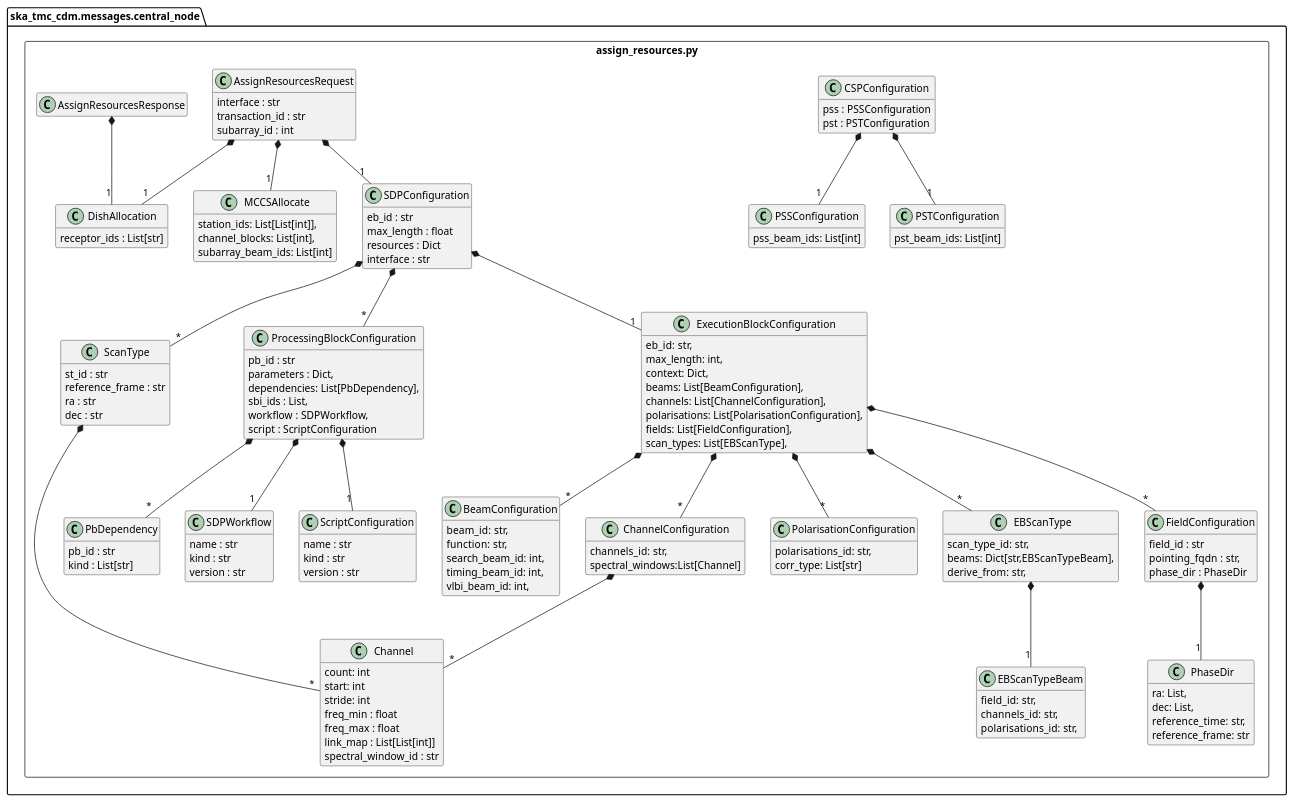
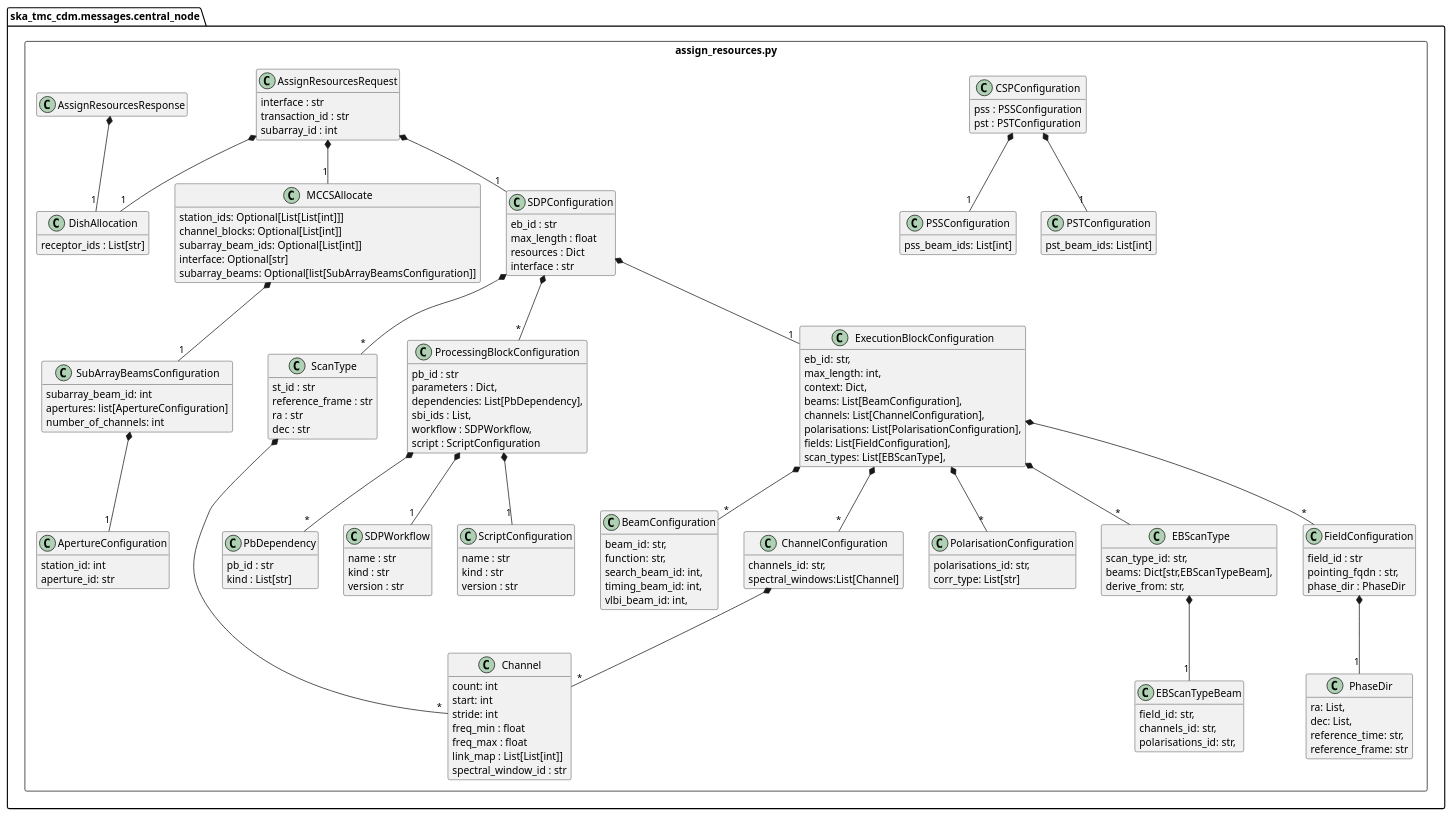
The diagram in docs/src/developer/centralnode/assignresources.puml (ska-telescope/cdm-shared-library), drawn with PlantUML before and after one commit. The commit also changed 5 other files, not shown here.

```diff
--- a/docs/src/developer/centralnode/assignresources.puml
+++ b/docs/src/developer/centralnode/assignresources.puml
@@ -1,166 +1,181 @@
 @startuml
 hide empty members
 
 set separator none
 package ska_tmc_cdm.messages.central_node {
     package assign_resources.py <<Rectangle>> {
         class DishAllocation {
             receptor_ids : List[str]
         }
 
+        class ApertureConfiguration {
+            station_id: int
+            aperture_id: str
+        }
+
+        class SubArrayBeamsConfiguration {
+            subarray_beam_id: int
+            apertures: list[ApertureConfiguration]
+            number_of_channels: int
+        }
+
         class MCCSAllocate {
-            station_ids: List[List[int]],
-            channel_blocks: List[int],
-            subarray_beam_ids: List[int]
+            station_ids: Optional[List[List[int]]]
+            channel_blocks: Optional[List[int]]
+            subarray_beam_ids: Optional[List[int]]
+            interface: Optional[str]
+            subarray_beams: Optional[list[SubArrayBeamsConfiguration]]
         }
 
         class Channel {
             count: int
             start: int
             stride: int
             freq_min : float
             freq_max : float
             link_map : List[List[int]]
             spectral_window_id : str
         }
 
         class ScanType {
             st_id : str
             reference_frame : str
             ra : str
             dec : str
         }
         ScanType *-- "*" Channel
 
         class PbDependency {
             pb_id : str
             kind : List[str]
         }
 
 
         class PhaseDir {
             ra: List,
             dec: List, 
             reference_time: str, 
             reference_frame: str
         }
         class BeamConfiguration {
             beam_id: str,
             function: str,
             search_beam_id: int,
             timing_beam_id: int,
             vlbi_beam_id: int,
         }
         class ChannelConfiguration {
             channels_id: str,
             spectral_windows:List[Channel] 
         }
         ChannelConfiguration  *-- "*" Channel
 
         class PolarisationConfiguration {
             polarisations_id: str,
             corr_type: List[str]  
         }
         class EBScanTypeBeam {
             field_id: str,
             channels_id: str,
             polarisations_id: str, 
         }
         class EBScanType {
             scan_type_id: str,
             beams: Dict[str,EBScanTypeBeam],
             derive_from: str, 
         }
         EBScanType  *-- "1" EBScanTypeBeam
 
         class FieldConfiguration {
             field_id : str
             pointing_fqdn : str,
             phase_dir : PhaseDir
         }
 
         FieldConfiguration  *-- "1" PhaseDir
 
         class SDPWorkflow {
             name : str
             kind : str
             version : str
         }
         
         class ScriptConfiguration {
             name : str
             kind : str
             version : str
         }
 
         class ProcessingBlockConfiguration {
             pb_id : str
             parameters : Dict,
             dependencies: List[PbDependency],
             sbi_ids : List,
             workflow : SDPWorkflow,
             script : ScriptConfiguration
         }
         ProcessingBlockConfiguration  *-- "1" SDPWorkflow
         ProcessingBlockConfiguration  *-- "*" PbDependency
         ProcessingBlockConfiguration  *-- "1" ScriptConfiguration
 
         class ExecutionBlockConfiguration {
             eb_id: str,
             max_length: int,
             context: Dict,
             beams: List[BeamConfiguration],
             channels: List[ChannelConfiguration],
             polarisations: List[PolarisationConfiguration],
             fields: List[FieldConfiguration],
             scan_types: List[EBScanType],
         }
 
         ExecutionBlockConfiguration  *-- "*" BeamConfiguration
         ExecutionBlockConfiguration  *-- "*" ChannelConfiguration
         ExecutionBlockConfiguration  *-- "*" PolarisationConfiguration
         ExecutionBlockConfiguration  *-- "*" FieldConfiguration
         ExecutionBlockConfiguration  *-- "*" EBScanType
 
 
         class SDPConfiguration {
             eb_id : str
             max_length : float
             resources : Dict
             interface : str
         }
         SDPConfiguration *-- "*" ScanType
         SDPConfiguration *-- "*" ProcessingBlockConfiguration
         SDPConfiguration *-- "1" ExecutionBlockConfiguration
 
         class PSSConfiguration{
             pss_beam_ids: List[int]
         }
 
         class PSTConfiguration{
             pst_beam_ids: List[int]
         }
 
         class CSPConfiguration {
             pss : PSSConfiguration
             pst : PSTConfiguration
         }
         CSPConfiguration *-- "1" PSSConfiguration
         CSPConfiguration *-- "1" PSTConfiguration
 
      
         class AssignResourcesRequest {
             interface : str
             transaction_id : str
             subarray_id : int
         }
 
         AssignResourcesRequest *-- "1" DishAllocation
         AssignResourcesRequest *-- "1" MCCSAllocate
+        MCCSAllocate *-- "1" SubArrayBeamsConfiguration
+        SubArrayBeamsConfiguration *-- "1" ApertureConfiguration
         AssignResourcesRequest *-- "1" SDPConfiguration
 
         class AssignResourcesResponse
         AssignResourcesResponse *-- "1" DishAllocation
 	}
 }
 @enduml
```
